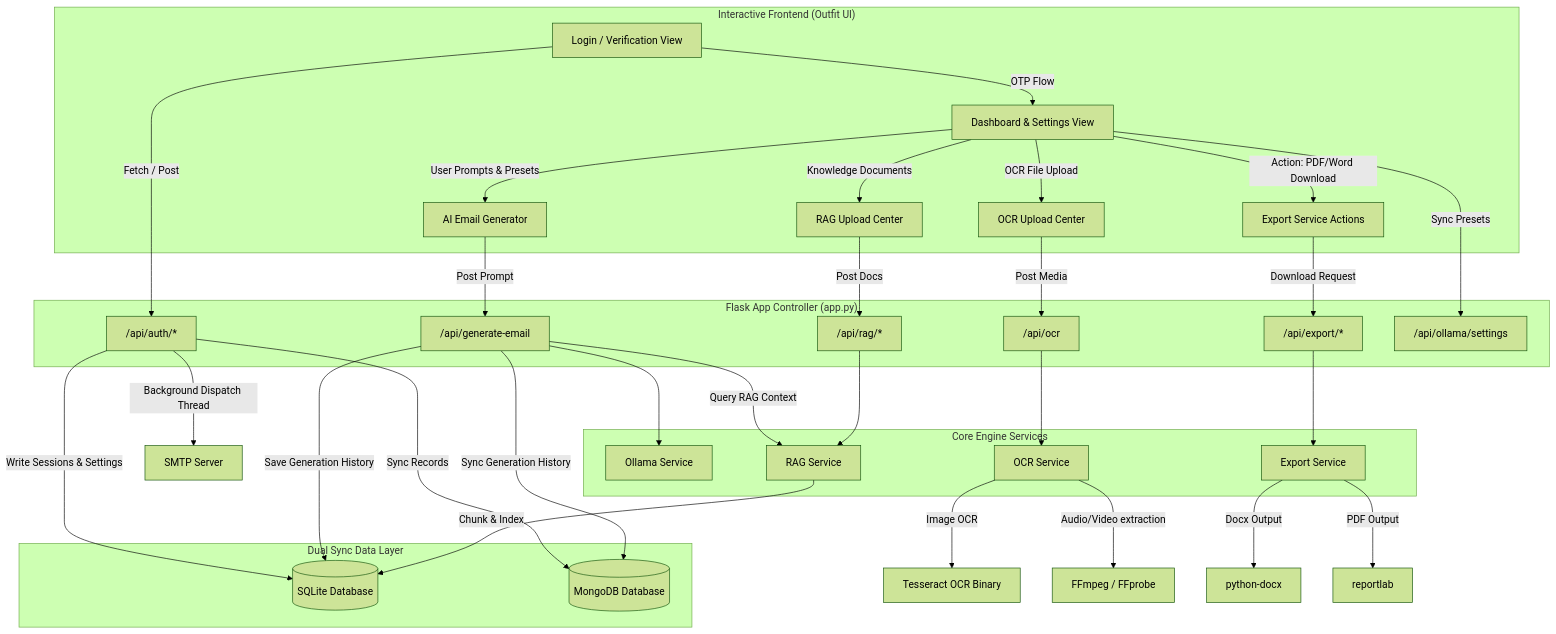
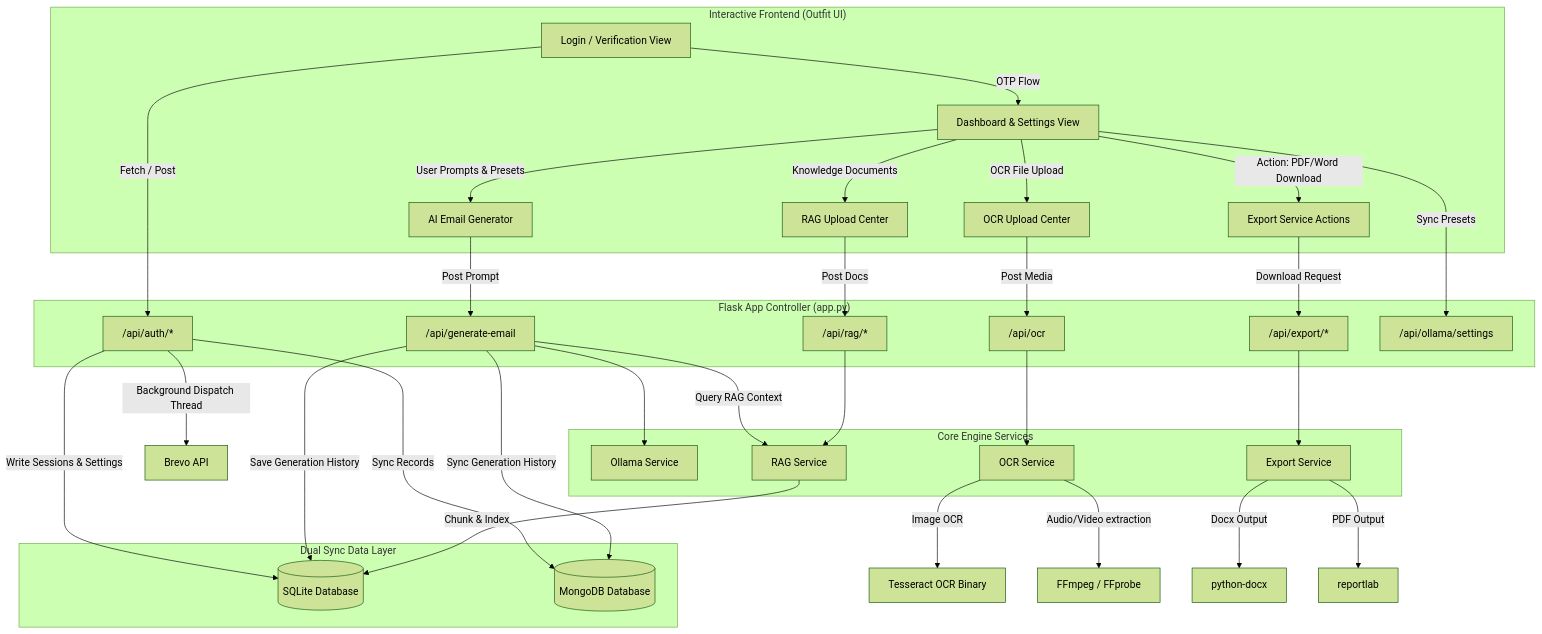
One commit to koushikbora2006-web/Email-ai changed the diagram in README.md. Above: the diagram before and after it, drawn with Mermaid (forest theme). The commit also changed other lines of this file, not shown here.

````diff
--- a/README.md
+++ b/README.md
@@ -11,63 +11,63 @@
 ```mermaid
 graph TD
     %% Frontend Components
     subgraph UI ["Interactive Frontend (Outfit UI)"]
         A[Login / Verification View] -->|OTP Flow| B[Dashboard & Settings View]
         B -->|User Prompts & Presets| C[AI Email Generator]
         B -->|OCR File Upload| D[OCR Upload Center]
         B -->|Knowledge Documents| E[RAG Upload Center]
         B -->|Action: PDF/Word Download| F[Export Service Actions]
     end
 
     %% Flask Server API Gateway
     subgraph Backend ["Flask App Controller (app.py)"]
         API_Auth["/api/auth/*"]
         API_Gen["/api/generate-email"]
         API_OCR["/api/ocr"]
         API_RAG["/api/rag/*"]
         API_Export["/api/export/*"]
         API_Settings["/api/ollama/settings"]
     end
 
     %% Processing Services
     subgraph Services ["Core Engine Services"]
         Ollama[Ollama Service]
         OCR[OCR Service]
         RAG[RAG Service]
         Export[Export Service]
     end
 
     %% Storage Layer
     subgraph DB ["Dual Sync Data Layer"]
         SQLite[(SQLite Database)]
         Mongo[(MongoDB Database)]
     end
 
     %% Connections
     A -->|Fetch / Post| API_Auth
     C -->|Post Prompt| API_Gen
     D -->|Post Media| API_OCR
     E -->|Post Docs| API_RAG
     F -->|Download Request| API_Export
     B -->|Sync Presets| API_Settings
 
     API_Auth -->|Write Sessions & Settings| SQLite
-    API_Auth -->|Background Dispatch Thread| SMTP[SMTP Server]
+    API_Auth -->|Background Dispatch Thread| Brevo[Brevo API]
     API_Auth -->|Sync Records| Mongo
 
     API_Gen --> Ollama
     API_Gen -->|Query RAG Context| RAG
     API_Gen -->|Save Generation History| SQLite
     API_Gen -->|Sync Generation History| Mongo
 
     API_OCR --> OCR
     OCR -->|Image OCR| Tesseract[Tesseract OCR Binary]
     OCR -->|Audio/Video extraction| FFmpeg[FFmpeg / FFprobe]
 
     API_RAG --> RAG
     RAG -->|Chunk & Index| SQLite
 
     API_Export --> Export
     Export -->|Docx Output| DocxLib[python-docx]
     Export -->|PDF Output| ReportLab[reportlab]
 ```
````
